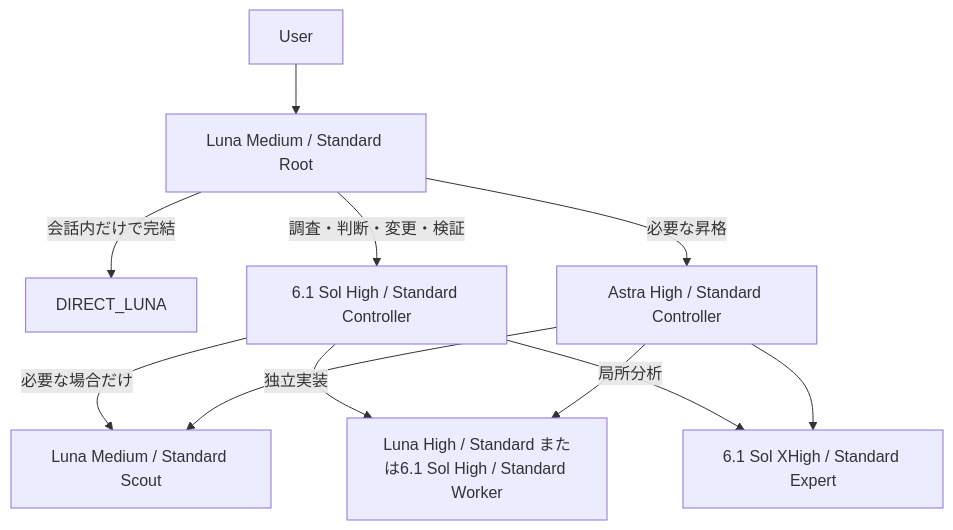
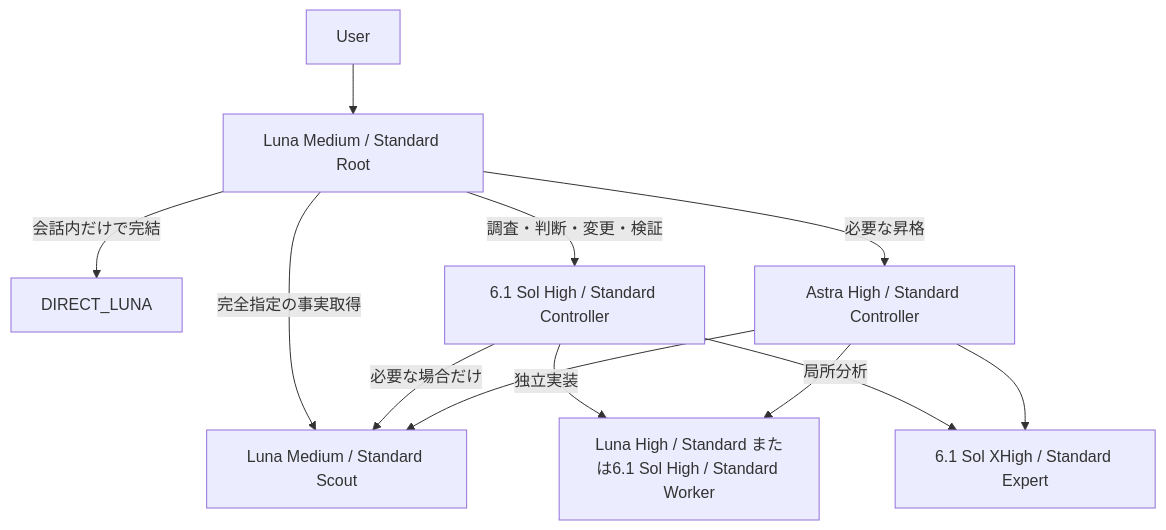
Before and after one commit to ten9miq/codex-multi-agent-orchestrator: the diagram in docs/ARCHITECTURE.md, drawn with Mermaid. The commit also changed other lines of this file and 9 other files, not shown here.

````diff
--- a/docs/ARCHITECTURE.md
+++ b/docs/ARCHITECTURE.md
@@ -7,13 +7,14 @@
 ```mermaid
 flowchart TD
     U[User] --> R["Luna Medium / Standard Root"]
     R -->|"会話内だけで完結"| D[DIRECT_LUNA]
+    R -->|"完全指定の事実取得"| S
     R -->|"調査・判断・変更・検証"| C["6.1 Sol High / Standard Controller"]
     R -->|"必要な昇格"| A["Astra High / Standard Controller"]
     C -->|"必要な場合だけ"| S["Luna Medium / Standard Scout"]
     C -->|"独立実装"| W["Luna High / Standard または6.1 Sol High / Standard Worker"]
     C -->|"局所分析"| E["6.1 Sol XHigh / Standard Expert"]
     A --> S
     A --> W
     A --> E
 ```
````
